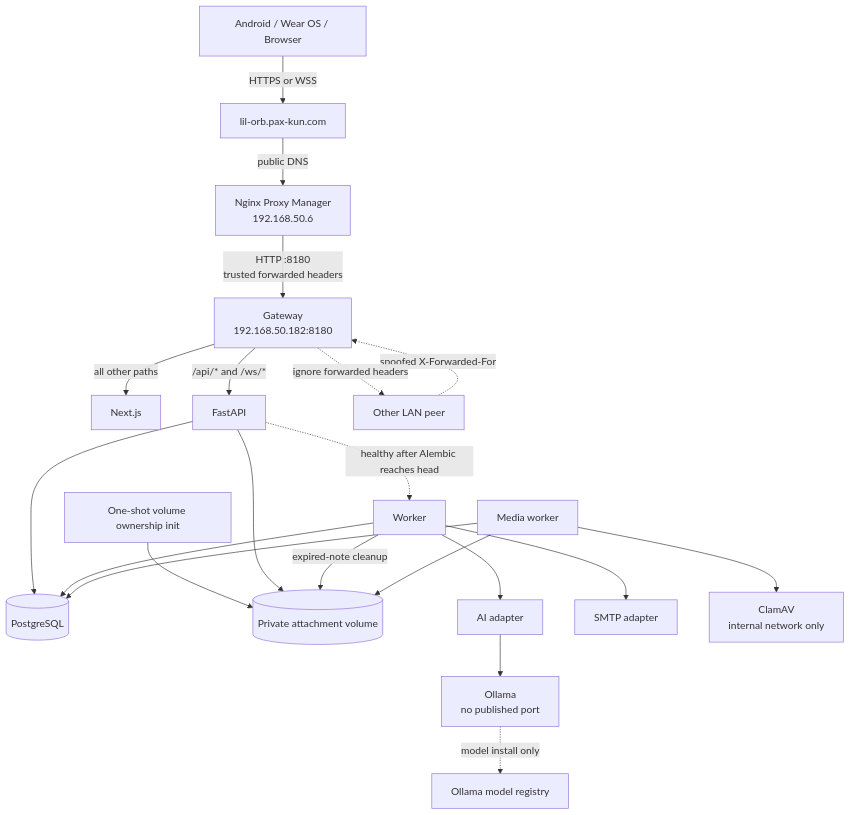
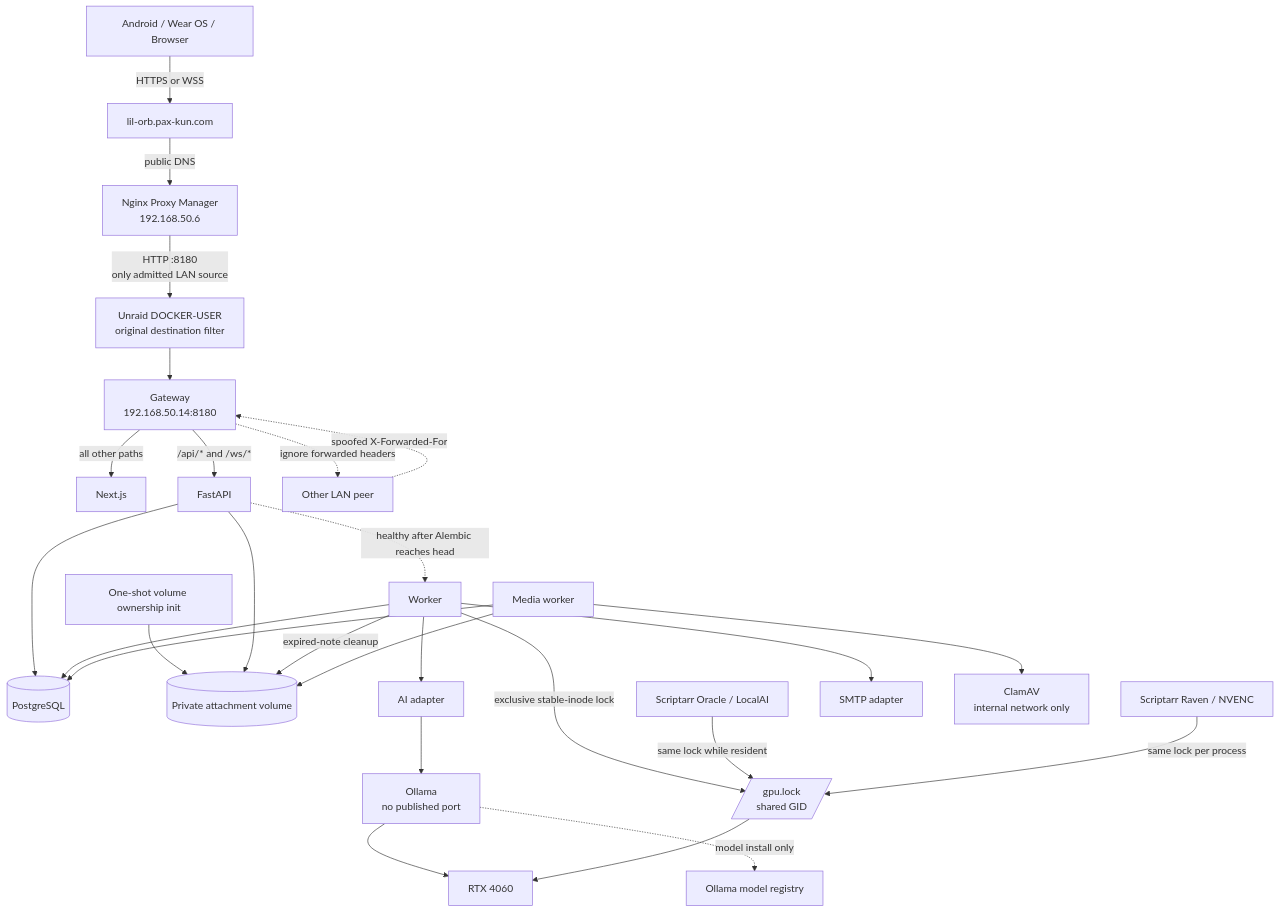
The first of 27 diagrams in docs/NETWORK-FLOW.md (Captainpax/littleorbit), drawn with Mermaid before and after one commit. The commit also changed other lines of this file and 136 other files, not shown here.

````diff
--- a/docs/NETWORK-FLOW.md
+++ b/docs/NETWORK-FLOW.md
@@ -9,24 +13,30 @@
 ```mermaid
 flowchart TD
     Clients[Android / Wear OS / Browser] -->|HTTPS or WSS| DNS[lil-orb.pax-kun.com]
     DNS -->|public DNS| NPM[Nginx Proxy Manager<br/>192.168.50.6]
-    NPM -->|HTTP :8180<br/>trusted forwarded headers| Gateway[Gateway<br/>192.168.50.182:8180]
+    NPM -->|HTTP :8180<br/>only admitted LAN source| Firewall[Unraid DOCKER-USER<br/>original destination filter]
+    Firewall --> Gateway[Gateway<br/>192.168.50.14:8180]
     Gateway -->|all other paths| Web[Next.js]
     Gateway -->|/api/* and /ws/*| API[FastAPI]
     API --> DB[(PostgreSQL)]
     Init[One-shot volume ownership init] --> Files[(Private attachment volume)]
     API --> Files
     API -. healthy after Alembic reaches head .-> Worker
     Worker[Worker] --> DB
     Worker --> AI[AI adapter]
     AI --> Ollama[Ollama<br/>no published port]
+    Worker -->|exclusive stable-inode lock| GPULock[/gpu.lock<br/>shared GID/]
+    Ollama --> GPU[RTX 4060]
+    Oracle[Scriptarr Oracle / LocalAI] -->|same lock while resident| GPULock
+    Raven[Scriptarr Raven / NVENC] -->|same lock per process| GPULock
+    GPULock --> GPU
     Ollama -. model install only .-> Registry[Ollama model registry]
     Worker --> SMTP[SMTP adapter]
     Worker -->|expired-note cleanup| Files
     MediaWorker[Media worker] --> DB
     MediaWorker --> Files
     MediaWorker --> ClamAV[ClamAV<br/>internal network only]
 
     Untrusted[Other LAN peer] -. spoofed X-Forwarded-For .-> Gateway
     Gateway -. ignore forwarded headers .-> Untrusted
 ```
````
